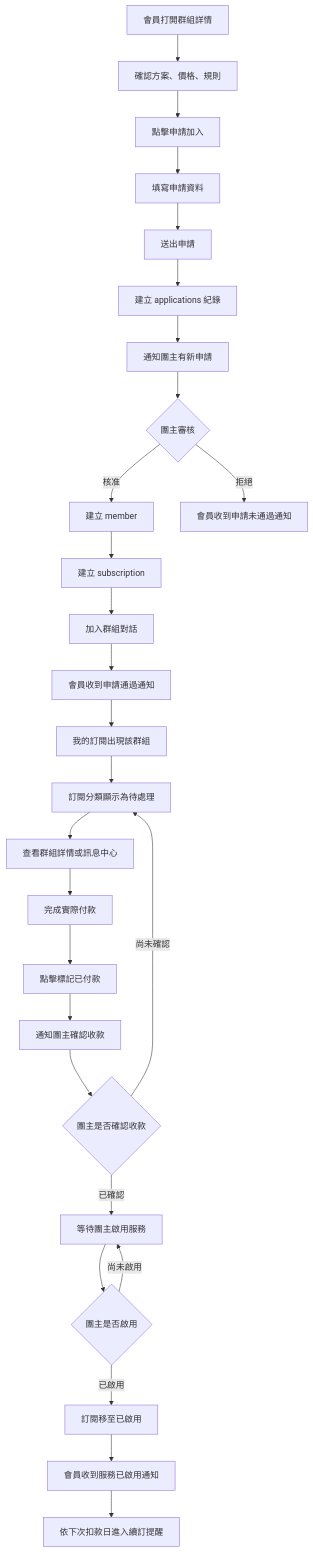
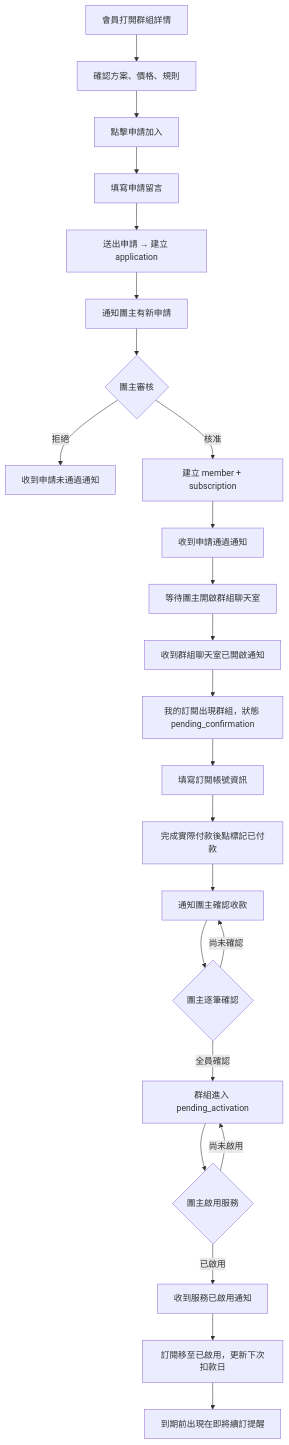
The third of 6 diagrams in README.md (s1092055/PartyMatch), drawn with Mermaid before and after one commit. The commit also changed other lines of this file and 11 other files, not shown here.

````diff
--- a/README.md
+++ b/README.md
@@ -151,29 +179,26 @@
 ```mermaid
 flowchart TD
   A[會員打開群組詳情] --> B[確認方案、價格、規則]
   B --> C[點擊申請加入]
-  C --> D[填寫申請資料]
-  D --> E[送出申請]
-  E --> F[建立 applications 紀錄]
-  F --> G[通知團主有新申請]
-  G --> H{團主審核}
-  H -->|核准| I[建立 member]
-  I --> J[建立 subscription]
-  J --> K[加入群組對話]
-  K --> L[會員收到申請通過通知]
-  L --> M[我的訂閱出現該群組]
-  M --> N[訂閱分類顯示為待處理]
-  N --> O[查看群組詳情或訊息中心]
-  O --> P[完成實際付款]
-  P --> Q[點擊標記已付款]
-  Q --> R[通知團主確認收款]
-  R --> S{團主是否確認收款}
-  S -->|尚未確認| N
-  S -->|已確認| T[等待團主啟用服務]
-  T --> U{團主是否啟用}
-  U -->|尚未啟用| T
-  U -->|已啟用| V[訂閱移至已啟用]
-  V --> W[會員收到服務已啟用通知]
-  W --> X[依下次扣款日進入續訂提醒]
-  H -->|拒絕| Y[會員收到申請未通過通知]
+  C --> D[填寫申請留言]
+  D --> E[送出申請 → 建立 application]
+  E --> F[通知團主有新申請]
+  F --> G{團主審核}
+  G -->|拒絕| H[收到申請未通過通知]
+  G -->|核准| I[建立 member + subscription]
+  I --> J[收到申請通過通知]
+  J --> K[等待團主開啟群組聊天室]
+  K --> L[收到群組聊天室已開啟通知]
+  L --> M[我的訂閱出現群組，狀態 pending_confirmation]
+  M --> N[填寫訂閱帳號資訊]
+  N --> O[完成實際付款後點標記已付款]
+  O --> P[通知團主確認收款]
+  P --> Q{團主逐筆確認}
+  Q -->|尚未確認| P
+  Q -->|全員確認| R[群組進入 pending_activation]
+  R --> S{團主啟用服務}
+  S -->|尚未啟用| R
+  S -->|已啟用| T[收到服務已啟用通知]
+  T --> U[訂閱移至已啟用，更新下次扣款日]
+  U --> V[到期前出現在即將續訂提醒]
 ```
````
